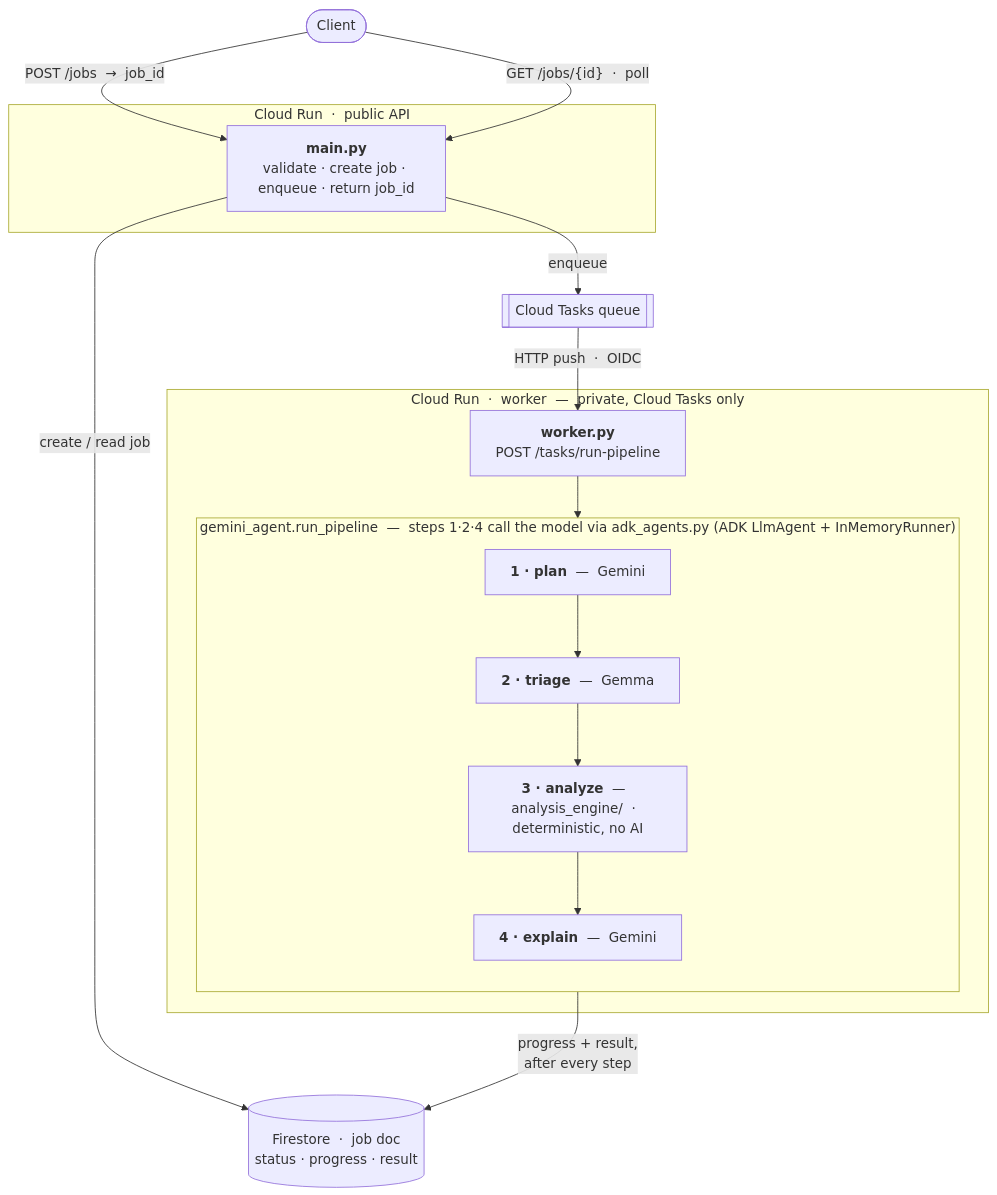
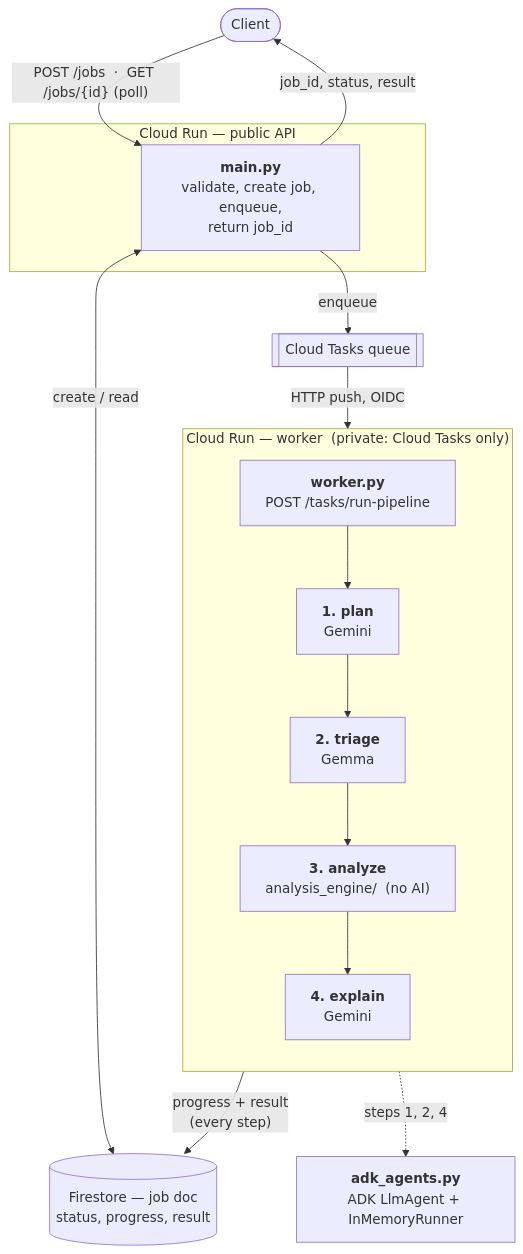
Before and after one commit to AutoShiftOps/querytuner-agent: the diagram in README.md, drawn with Mermaid.

Commit message:
Flatten the architecture diagram to stop subgraph overlap
The nested run_pipeline subgraph (with a long title) rendered wider
than its parent worker subgraph and overlapped it. Collapse to one
subgraph level: the worker box now holds worker.py plus the four
pipeline steps directly, adk_agents.py is a sibling node with a single
labelled link, and the client<->API edges are merged to two.

````diff
--- a/README.md
+++ b/README.md
@@ -31,32 +31,31 @@
 ```mermaid
 flowchart TD
     client(["Client"])
 
-    subgraph pub ["Cloud Run &nbsp;&middot;&nbsp; public API"]
-        api["<b>main.py</b><br/>validate &middot; create job &middot; enqueue &middot; return job_id"]
+    subgraph pub ["Cloud Run &mdash; public API"]
+        api["<b>main.py</b><br/>validate, create job, enqueue,<br/>return job_id"]
     end
 
     queue[["Cloud Tasks queue"]]
 
-    subgraph wrk ["Cloud Run &nbsp;&middot;&nbsp; worker &nbsp;&mdash;&nbsp; private, Cloud Tasks only"]
+    subgraph wrk ["Cloud Run &mdash; worker &nbsp;(private: Cloud Tasks only)"]
+        direction TB
         worker["<b>worker.py</b><br/>POST /tasks/run-pipeline"]
-        subgraph pipe ["gemini_agent.run_pipeline &nbsp;&mdash;&nbsp; steps 1&middot;2&middot;4 call the model via adk_agents.py (ADK LlmAgent + InMemoryRunner)"]
-            direction TB
-            p1["<b>1 &middot; plan</b> &nbsp;&mdash;&nbsp; Gemini"]
-            p2["<b>2 &middot; triage</b> &nbsp;&mdash;&nbsp; Gemma"]
-            p3["<b>3 &middot; analyze</b> &nbsp;&mdash;&nbsp; analysis_engine/ &nbsp;&middot;&nbsp; deterministic, no AI"]
-            p4["<b>4 &middot; explain</b> &nbsp;&mdash;&nbsp; Gemini"]
-            p1 --> p2 --> p3 --> p4
-        end
-        worker --> p1
+        p1["<b>1. plan</b><br/>Gemini"]
+        p2["<b>2. triage</b><br/>Gemma"]
+        p3["<b>3. analyze</b><br/>analysis_engine/ &nbsp;(no AI)"]
+        p4["<b>4. explain</b><br/>Gemini"]
+        worker --> p1 --> p2 --> p3 --> p4
     end
 
-    fs[("Firestore &nbsp;&middot;&nbsp; job doc<br/>status &middot; progress &middot; result")]
+    adk["<b>adk_agents.py</b><br/>ADK LlmAgent + InMemoryRunner"]
+    fs[("Firestore &mdash; job doc<br/>status, progress, result")]
 
-    client -->|"POST /jobs &nbsp;&rarr;&nbsp; job_id"| api
-    client -->|"GET /jobs/{id} &nbsp;&middot;&nbsp; poll"| api
+    client -->|"POST /jobs &nbsp;&middot;&nbsp; GET /jobs/{id} (poll)"| api
+    api -->|"job_id, status, result"| client
     api -->|"enqueue"| queue
-    queue -->|"HTTP push &nbsp;&middot;&nbsp; OIDC"| worker
-    api -->|"create / read job"| fs
-    p4 -->|"progress + result,<br/>after every step"| fs
+    queue -->|"HTTP push, OIDC"| worker
+    api <-->|"create / read"| fs
+    p4 -->|"progress + result<br/>(every step)"| fs
+    p2 -.->|"steps 1, 2, 4"| adk
 ```
````
